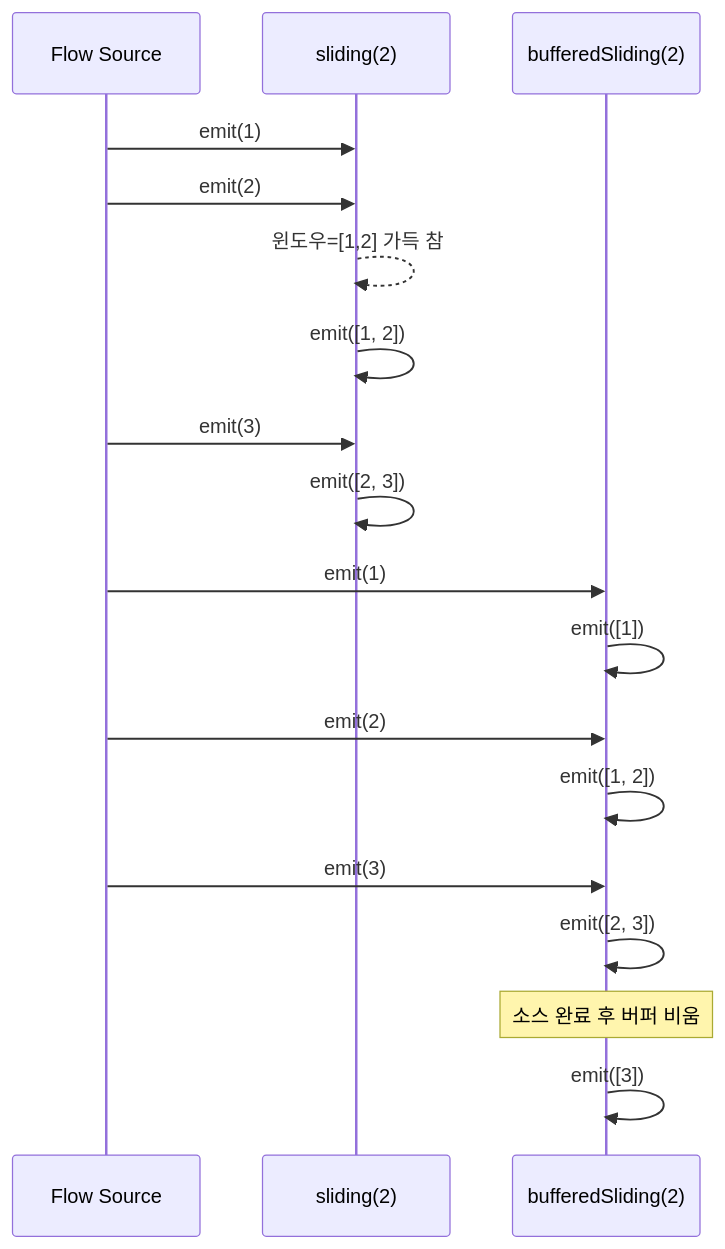
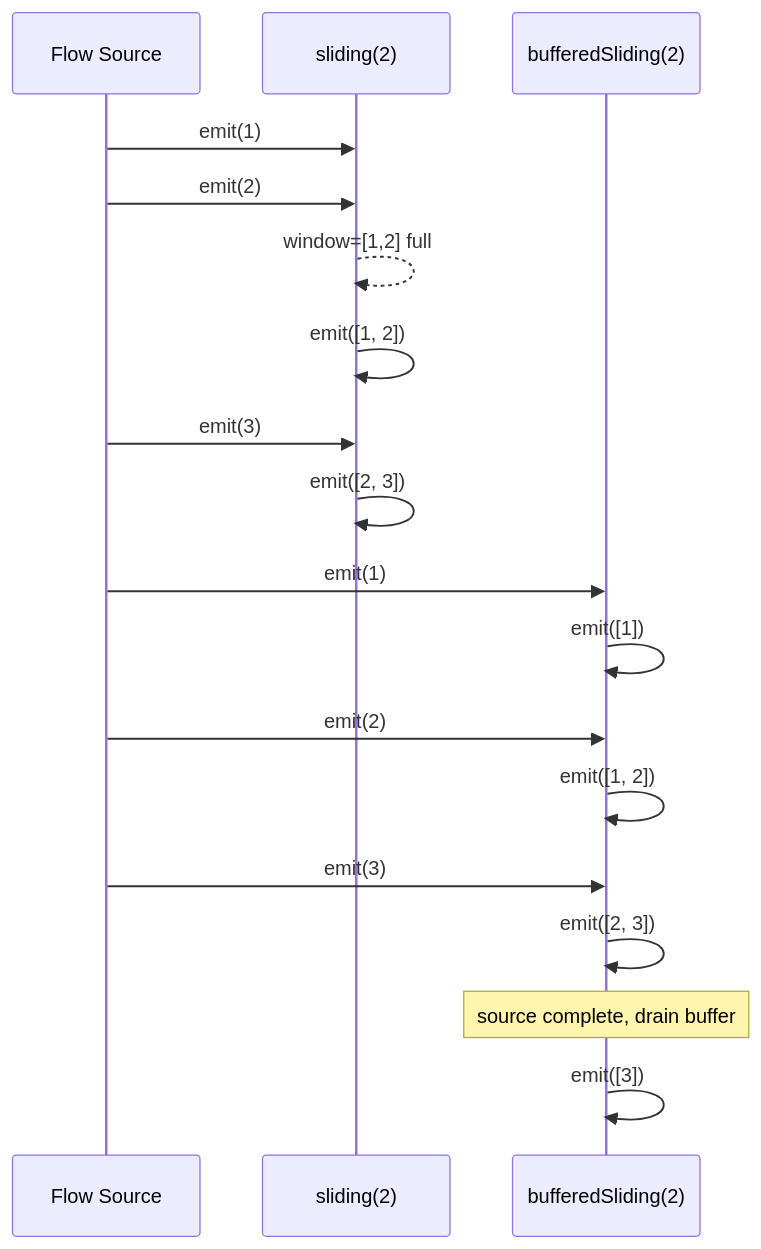
One commit to bluetape4k/bluetape4k-projects changed the sixth of 15 diagrams in bluetape4k/coroutines/README.md. Above: the diagram before and after it, drawn with Mermaid. The commit also changed other lines of this file and 265 other files, not shown here.

````diff
--- a/bluetape4k/coroutines/README.md
+++ b/bluetape4k/coroutines/README.md
@@ -326,20 +328,20 @@
 ```mermaid
 sequenceDiagram
     participant S as Flow Source
     participant SL as sliding(2)
     participant BS as bufferedSliding(2)
     S ->> SL: emit(1)
     S ->> SL: emit(2)
-    SL -->> SL: 윈도우=[1,2] 가득 참
+    SL -->> SL: window=[1,2] full
     SL ->> SL: emit([1, 2])
     S ->> SL: emit(3)
     SL ->> SL: emit([2, 3])
     S ->> BS: emit(1)
     BS ->> BS: emit([1])
     S ->> BS: emit(2)
     BS ->> BS: emit([1, 2])
     S ->> BS: emit(3)
     BS ->> BS: emit([2, 3])
-    Note over BS: 소스 완료 후 버퍼 비움
+    Note over BS: source complete, drain buffer
     BS ->> BS: emit([3])
 ```
````
